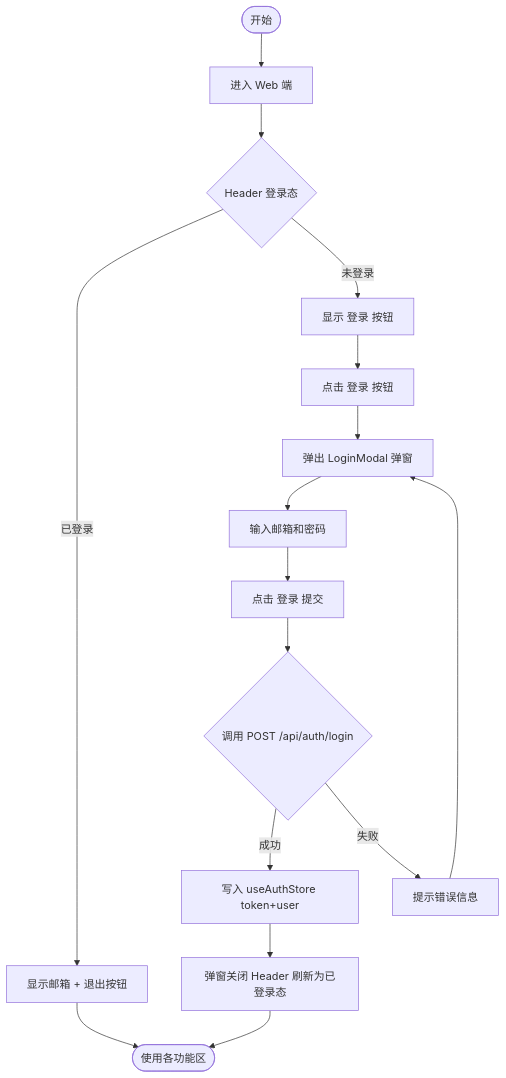
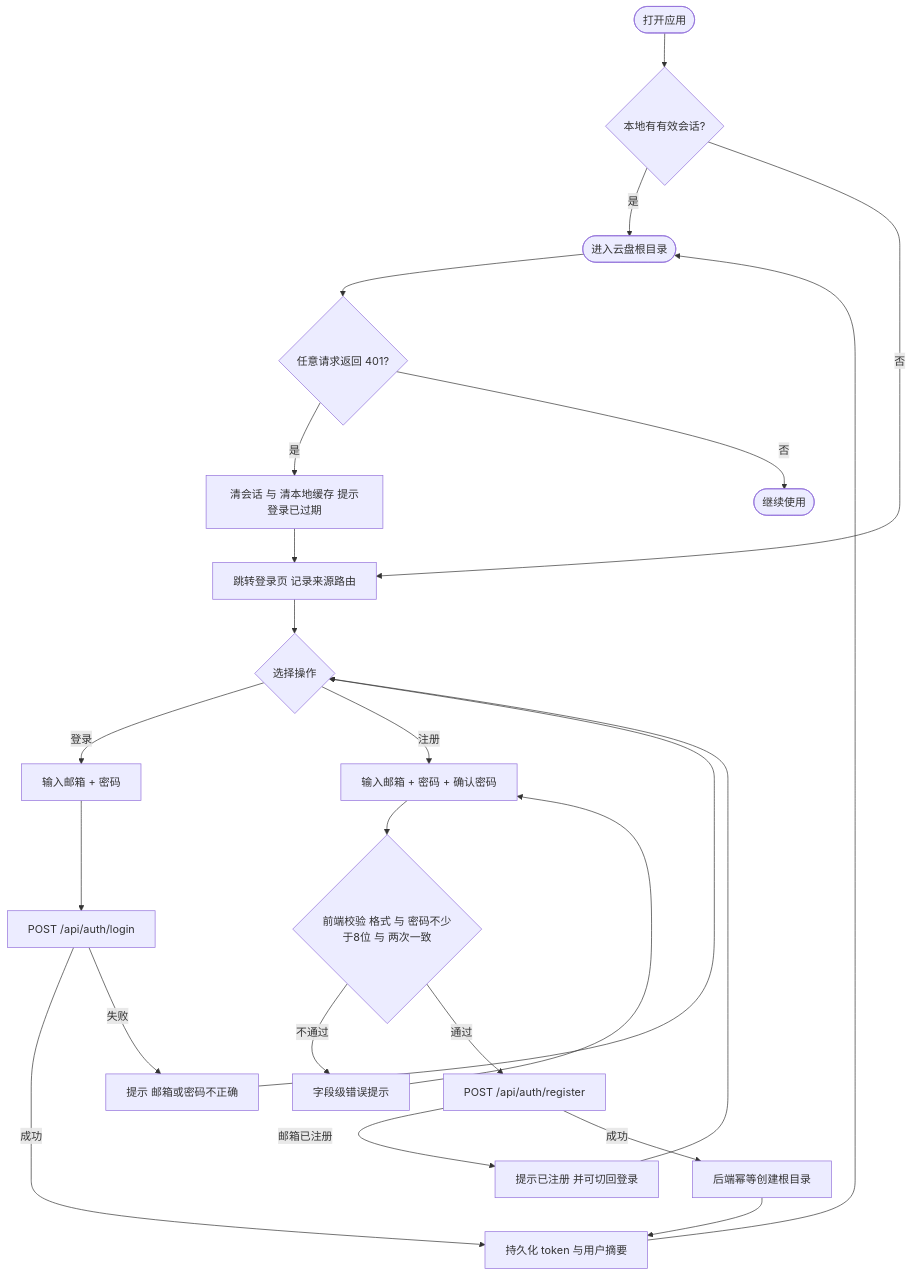
The first of 7 diagrams in docs/用户流程图.md (a327921510/my-notes), drawn with Mermaid before and after one commit. The commit also changed other lines of this file and 3 other files, not shown here.

````diff
--- a/docs/用户流程图.md
+++ b/docs/用户流程图.md
@@ -5,18 +9,29 @@
 ```mermaid
 flowchart TD
-  A([开始]) --> B[进入 Web 端]
-  B --> C{Header 登录态}
-  C -->|已登录| D[显示邮箱 + 退出按钮]
-  D --> Z([使用各功能区])
-  C -->|未登录| E[显示 登录 按钮]
-  E --> F[点击 登录 按钮]
-  F --> G[弹出 LoginModal 弹窗]
-  G --> H[输入邮箱和密码]
-  H --> I[点击 登录 提交]
-  I --> J{调用 POST /api/auth/login}
-  J -->|成功| K[写入 useAuthStore token+user]
-  K --> L[弹窗关闭 Header 刷新为已登录态]
-  L --> Z
-  J -->|失败| M[提示错误信息]
-  M --> G
+  A([打开应用]) --> B{本地有有效会话?}
+  B -->|是| Z([进入云盘根目录])
+  B -->|否| C[跳转登录页 记录来源路由]
+  C --> D{选择操作}
+
+  D -->|登录| E[输入邮箱 + 密码]
+  E --> F[POST /api/auth/login]
+  F -->|成功| G[持久化 token 与用户摘要]
+  F -->|失败| H[提示 邮箱或密码不正确]
+  H --> D
+
+  D -->|注册| I[输入邮箱 + 密码 + 确认密码]
+  I --> J{前端校验 格式 与 密码不少于8位 与 两次一致}
+  J -->|不通过| K[字段级错误提示]
+  K --> I
+  J -->|通过| L[POST /api/auth/register]
+  L -->|邮箱已注册| M[提示已注册 并可切回登录]
+  M --> D
+  L -->|成功| N[后端幂等创建根目录]
+  N --> G
+
+  G --> Z
+  Z --> O{任意请求返回 401?}
+  O -->|是| P[清会话 与 清本地缓存 提示登录已过期]
+  P --> C
+  O -->|否| Q([继续使用])
 ```
````
